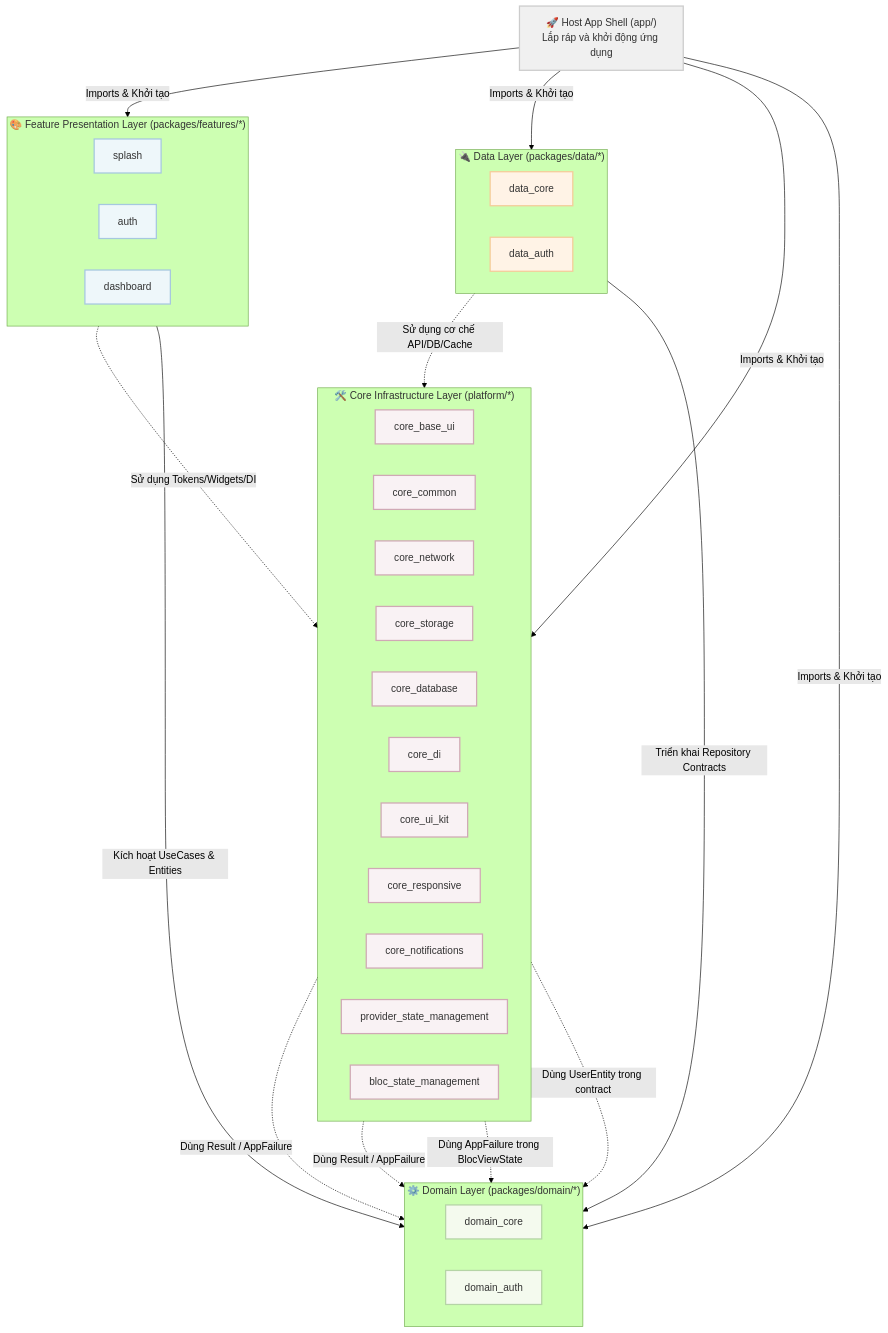
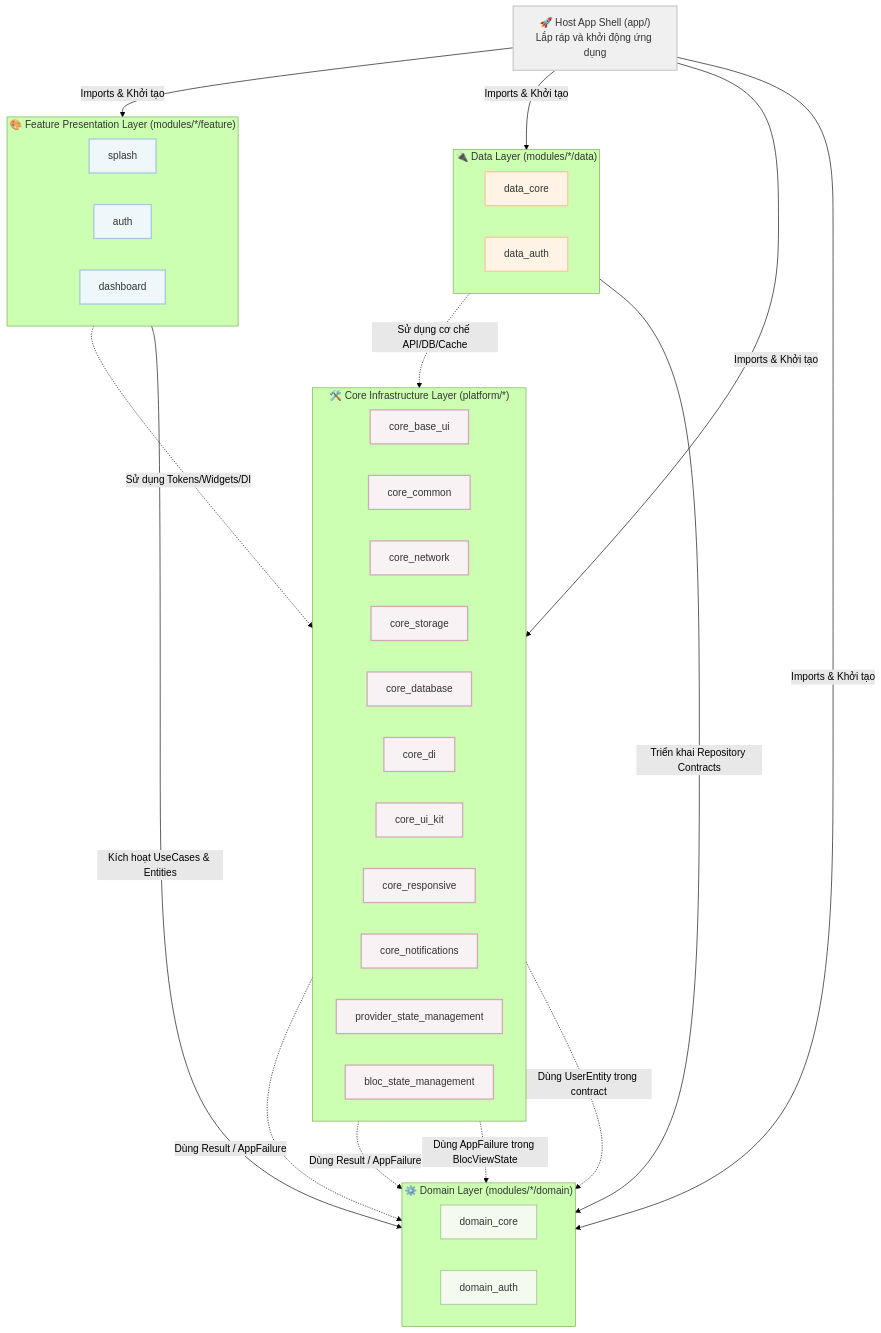
Before and after one commit to CaoGiaHieu-dev/flutter-monorepo-codebase: the diagram in README.vi.md, drawn with Mermaid (forest theme). The commit also changed other lines of this file and 297 other files, not shown here.

First line of the commit message:
refactor: move product packages into vertical slices under modules/

````diff
--- a/README.vi.md
+++ b/README.vi.md
@@ -18,63 +18,63 @@
 ```mermaid
 graph TD
     classDef core fill:#f9f2f4,stroke:#d0a9b5,stroke-width:2px,color:#333;
     classDef feature fill:#eef7fa,stroke:#a6c8df,stroke-width:2px,color:#333;
     classDef domain fill:#f4faee,stroke:#b5d4a6,stroke-width:2px,color:#333;
     classDef data fill:#fff3e6,stroke:#f5cb99,stroke-width:2px,color:#333;
     classDef app fill:#f0f0f0,stroke:#cccccc,stroke-width:2px,color:#333;
 
     App["🚀 Host App Shell (app/)<br/>Lắp ráp và khởi động ứng dụng"]:::app
 
-    subgraph FeatureLayer ["🎨 Feature Presentation Layer (packages/features/*)"]
+    subgraph FeatureLayer ["🎨 Feature Presentation Layer (modules/*/feature)"]
         direction LR
         FeatSplash["splash"]:::feature
         FeatAuth["auth"]:::feature
         FeatDash["dashboard"]:::feature
     end
 
-    subgraph DataLayer ["🔌 Data Layer (packages/data/*)"]
+    subgraph DataLayer ["🔌 Data Layer (modules/*/data)"]
         direction LR
         DataCore["data_core"]:::data
         DataAuth["data_auth"]:::data
     end
 
-    subgraph DomainLayer ["⚙️ Domain Layer (packages/domain/*)"]
+    subgraph DomainLayer ["⚙️ Domain Layer (modules/*/domain)"]
         direction LR
         DomCore["domain_core"]:::domain
         DomAuth["domain_auth"]:::domain
     end
 
     subgraph CoreLayer ["🛠️ Core Infrastructure Layer (platform/*)"]
         direction LR
         CoreUI["core_base_ui"]:::core
         CoreCom["core_common"]:::core
         CoreNet["core_network"]:::core
         CoreStore["core_storage"]:::core
         CoreDB["core_database"]:::core
         CoreDI["core_di"]:::core
         CoreKit["core_ui_kit"]:::core
         CoreResp["core_responsive"]:::core
         CoreNotif["core_notifications"]:::core
         CoreProv["provider_state_management"]:::core
         CoreBloc["bloc_state_management"]:::core
     end
 
     %% Cross-layer Relationships
     App -->|"Imports & Khởi tạo"| FeatureLayer
     App -->|"Imports & Khởi tạo"| DataLayer
     App -->|"Imports & Khởi tạo"| DomainLayer
     App -->|"Imports & Khởi tạo"| CoreLayer
 
     FeatureLayer -->|"Kích hoạt UseCases & Entities"| DomainLayer
     DataLayer -->|"Triển khai Repository Contracts"| DomainLayer
 
     FeatureLayer -.->|"Sử dụng Tokens/Widgets/DI"| CoreLayer
     DataLayer -.->|"Sử dụng cơ chế API/DB/Cache"| CoreLayer
 
     %% Domain nằm ở tâm và KHÔNG phụ thuộc gì cả.
     %% Core được phép phụ thuộc Domain — không bao giờ ngược lại.
     CoreCom -.->|"Dùng Result / AppFailure"| DomCore
     CoreProv -.->|"Dùng Result / AppFailure"| DomCore
     CoreBloc -.->|"Dùng AppFailure trong BlocViewState"| DomCore
     CoreDI -.->|"Dùng UserEntity trong contract"| DomAuth
 ```
````
